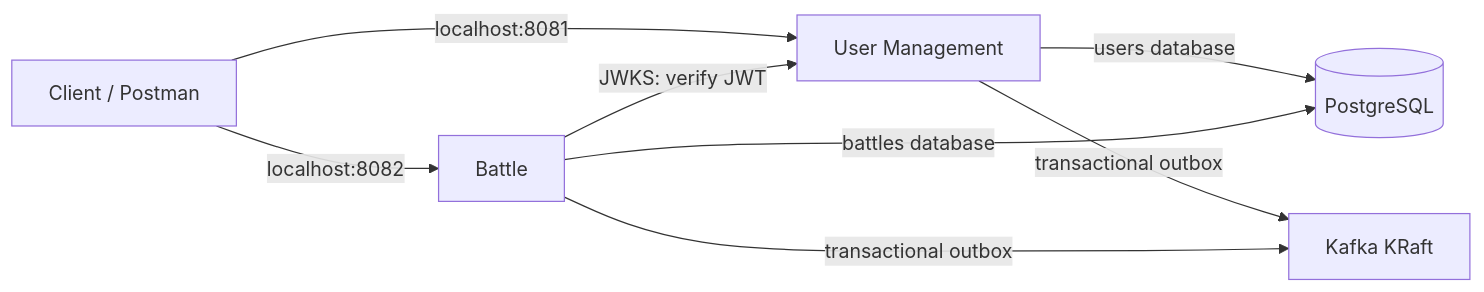
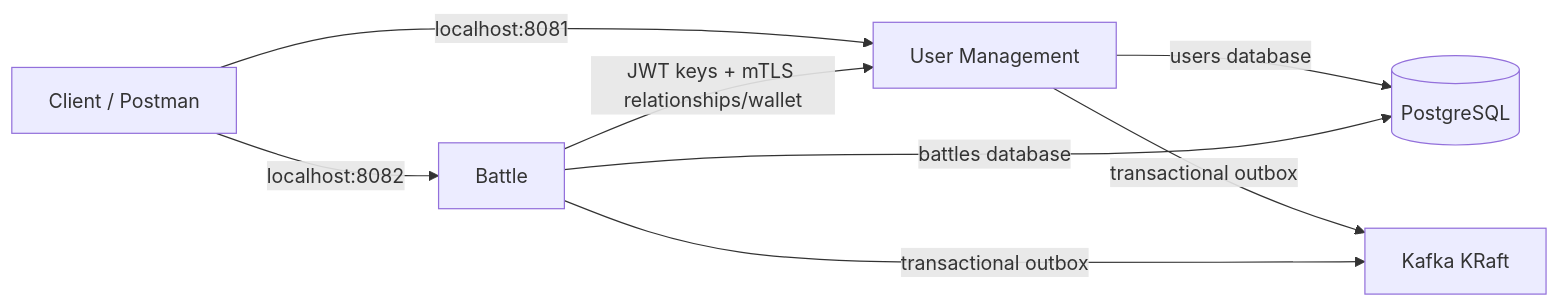
Before and after one commit to AlexDandy77/tamagotchi-go: the first of 2 diagrams in ARCHITECTURE.md, drawn with Mermaid. The commit also changed other lines of this file and 6 other files, not shown here.

````diff
--- a/ARCHITECTURE.md
+++ b/ARCHITECTURE.md
@@ -7,10 +7,10 @@
 ```mermaid
 flowchart LR
   C[Client / Postman] -->|localhost:8081| U[User Management]
   C -->|localhost:8082| B[Battle]
-  B -->|JWKS: verify JWT| U
+  B -->|JWT keys + mTLS relationships/wallet| U
   U -->|users database| P[(PostgreSQL)]
   B -->|battles database| P
   U -->|transactional outbox| K[Kafka KRaft]
   B -->|transactional outbox| K
 ```
````
